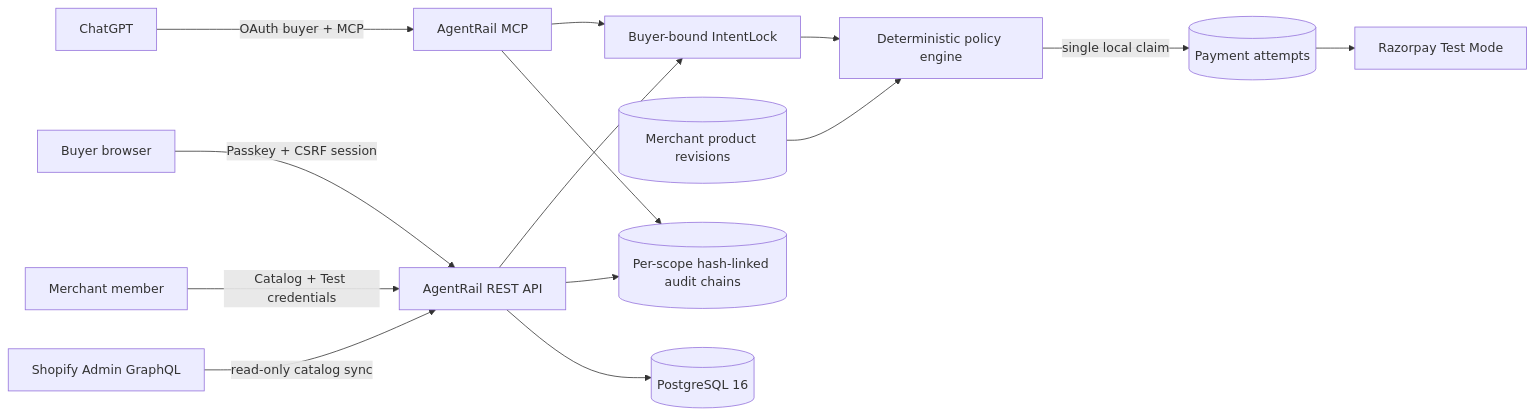
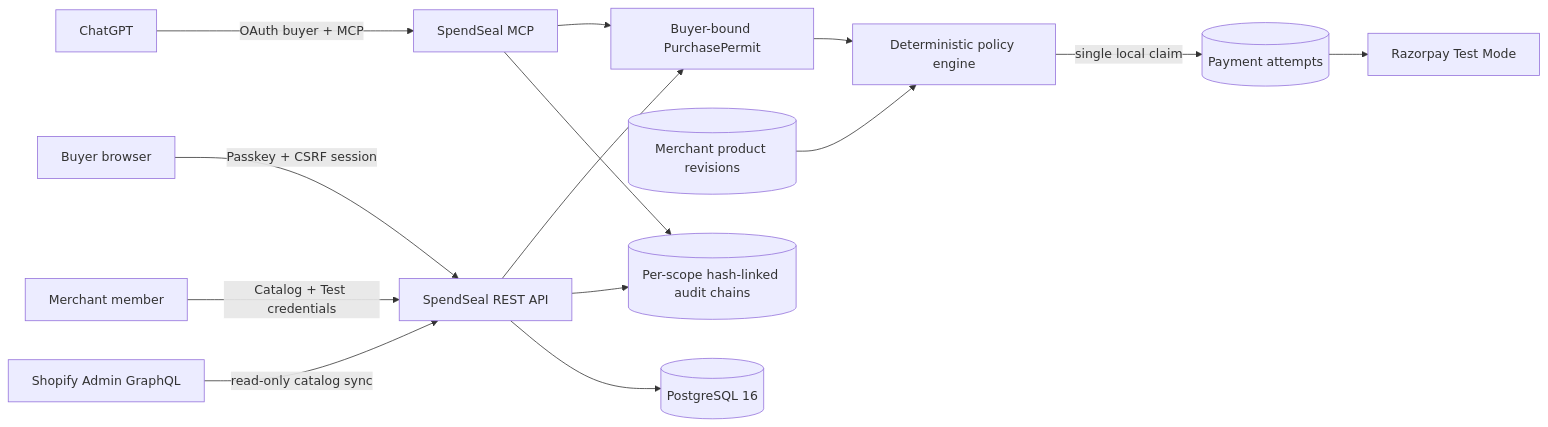
One commit to aryagupta-tech/SpendSeal changed the diagram in README.md. Above: the diagram before and after it, drawn with Mermaid. The commit also changed other lines of this file and 41 other files, not shown here.

Commit message:
Rename AgentRail to SpendSeal and intent locks to purchase permits

````diff
--- a/README.md
+++ b/README.md
@@ -204,16 +204,16 @@
 ```mermaid
 flowchart LR
-  GPT[ChatGPT] -->|OAuth buyer + MCP| MCP[AgentRail MCP]
-  Browser[Buyer browser] -->|Passkey + CSRF session| API[AgentRail REST API]
+  GPT[ChatGPT] -->|OAuth buyer + MCP| MCP[SpendSeal MCP]
+  Browser[Buyer browser] -->|Passkey + CSRF session| API[SpendSeal REST API]
   Merchant[Merchant member] -->|Catalog + Test credentials| API
   Shopify[Shopify Admin GraphQL] -->|read-only catalog sync| API
-  MCP --> Lock[Buyer-bound IntentLock]
+  MCP --> Lock[Buyer-bound PurchasePermit]
   API --> Lock
   Lock --> Policy[Deterministic policy engine]
   Catalog[(Merchant product revisions)] --> Policy
   Policy -->|single local claim| Orders[(Payment attempts)]
   Orders --> Razorpay[Razorpay Test Mode]
   API --> Audit[(Per-scope hash-linked audit chains)]
   MCP --> Audit
   API --> PG[(PostgreSQL 16)]
 ```
````
